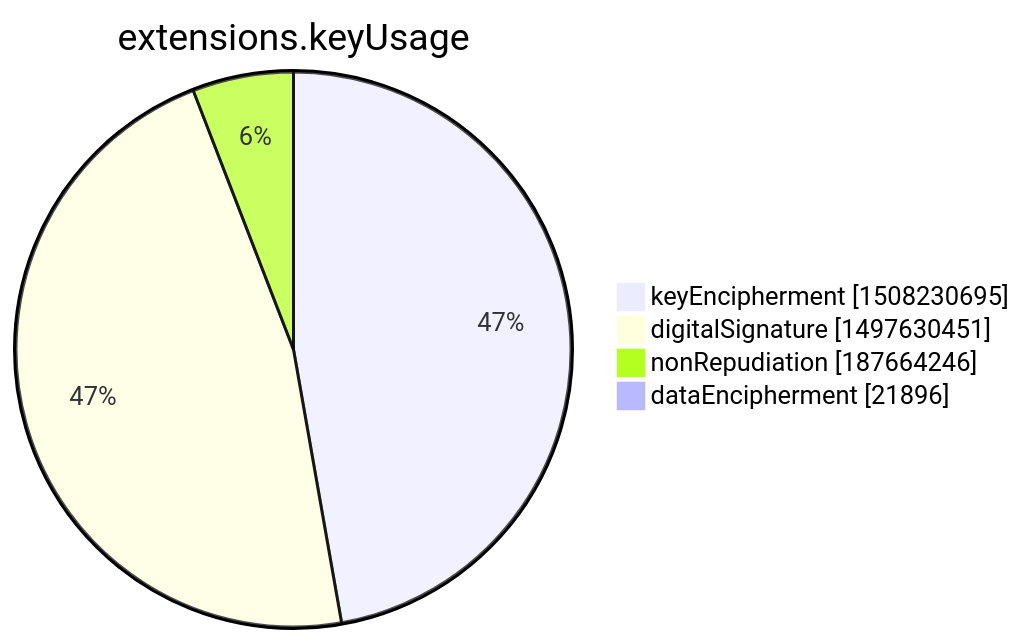
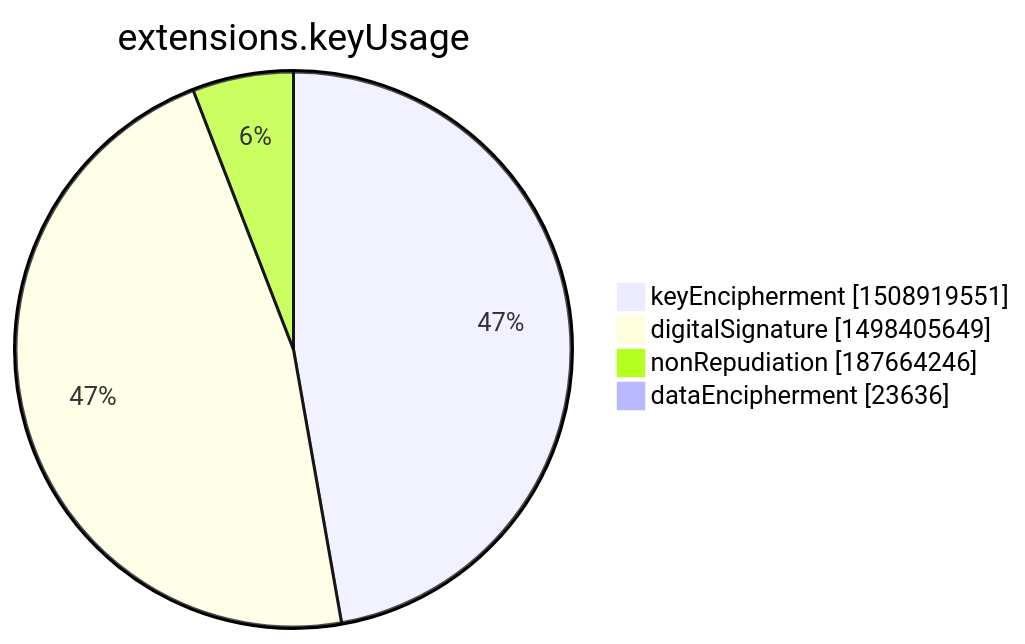
The seventh of 15 diagrams in xenon2022/README.md (christiankrug/ctmonitor_visualization), drawn with Mermaid before and after one commit. The commit also changed other lines of this file, not shown here.

````diff
--- a/xenon2022/README.md
+++ b/xenon2022/README.md
@@ -2846,8 +2846,8 @@
 ```mermaid
 pie showData
 title extensions.keyUsage
-"keyEncipherment" :1508230695
-"digitalSignature" :1497630451
+"keyEncipherment" :1508919551
+"digitalSignature" :1498405649
 "nonRepudiation" :187664246
-"dataEncipherment" :21896
+"dataEncipherment" :23636
 ```
````
